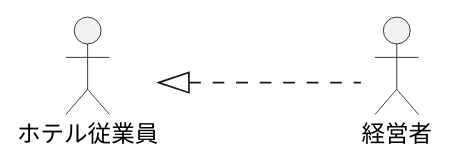
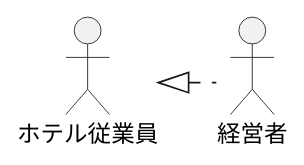
Before and after one commit to allface017/uml-introduction: the diagram in 演習2-2_ホテル従業員.pu, drawn with PlantUML.

Commit message:
演習2-2修正

```diff
--- a/演習2-2_ホテル従業員.pu
+++ b/演習2-2_ホテル従業員.pu
@@ -1,8 +1,8 @@
 @startuml ユースケース図
-left to right direction
+'left to right direction
 
 actor 経営者 as host
 actor ホテル従業員 as you
 
-you <|-[dashed]-- host  
+you <|-[dashed] host  
 @enduml
```
